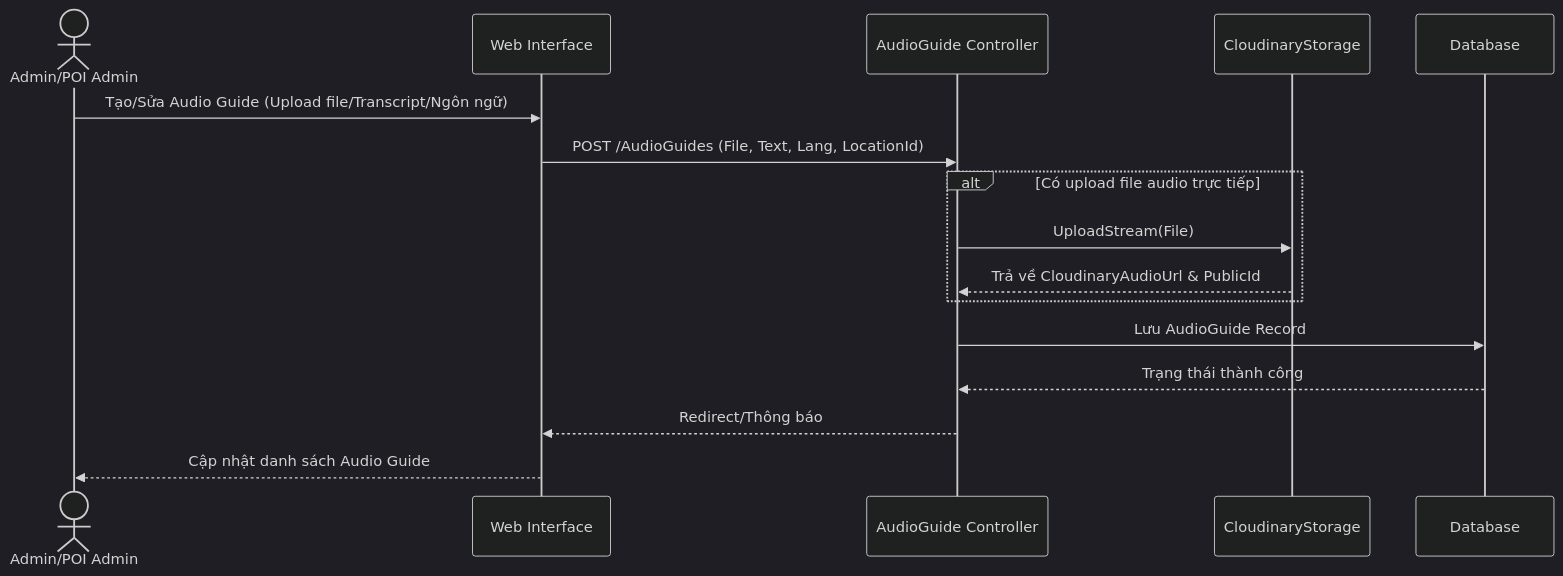
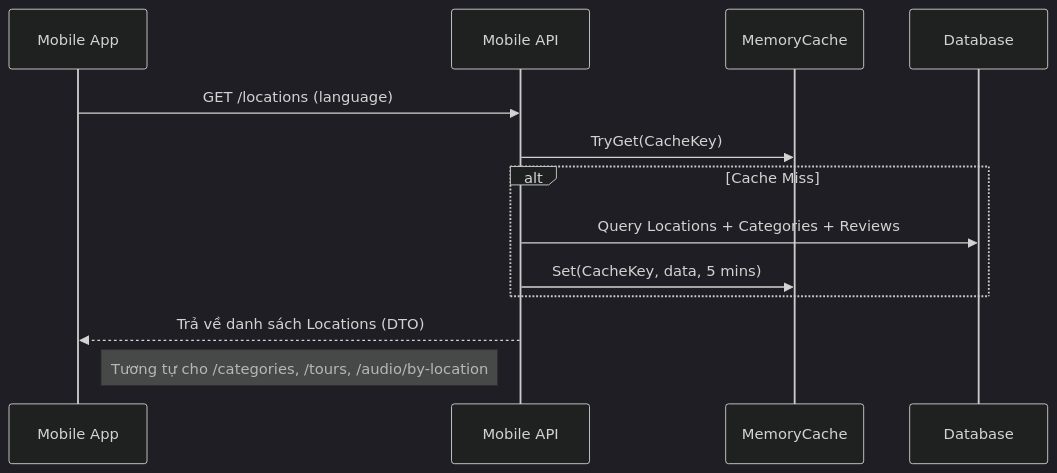
Before and after one commit to CuongNguyen-0712/AudioLife: the fifth of 11 diagrams in system_sequence_diagrams.md, drawn with Mermaid (dark theme). The commit also changed other lines of this file and 392 other files, not shown here.

````diff
--- a/system_sequence_diagrams.md
+++ b/system_sequence_diagrams.md
@@ -72,19 +118,17 @@
 ```mermaid
 sequenceDiagram
-    actor Admin as Admin/POI Admin
-    participant Web as Web Interface
-    participant AudioCtrl as AudioGuide Controller
-    participant Cloud as CloudinaryStorage
+    participant Mobile as Mobile App
+    participant API as Mobile API
+    participant Cache as MemoryCache
     participant DB as Database
     
-    Admin->>Web: Tạo/Sửa Audio Guide (Upload file/Transcript/Ngôn ngữ)
-    Web->>AudioCtrl: POST /AudioGuides (File, Text, Lang, LocationId)
-    alt Có upload file audio trực tiếp
-        AudioCtrl->>Cloud: UploadStream(File)
-        Cloud-->>AudioCtrl: Trả về CloudinaryAudioUrl & PublicId
+    Mobile->>API: GET /locations (language)
+    API->>Cache: TryGet(CacheKey)
+    alt Cache Miss
+        API->>DB: Query Locations + Categories + Reviews
+        API->>Cache: Set(CacheKey, data, 5 mins)
     end
-    AudioCtrl->>DB: Lưu AudioGuide Record
-    DB-->>AudioCtrl: Trạng thái thành công
-    AudioCtrl-->>Web: Redirect/Thông báo
-    Web-->>Admin: Cập nhật danh sách Audio Guide
+    API-->>Mobile: Trả về danh sách Locations (DTO)
+    
+    Note right of Mobile: Tương tự cho /categories, /tours, /audio/by-location
 ```
````
